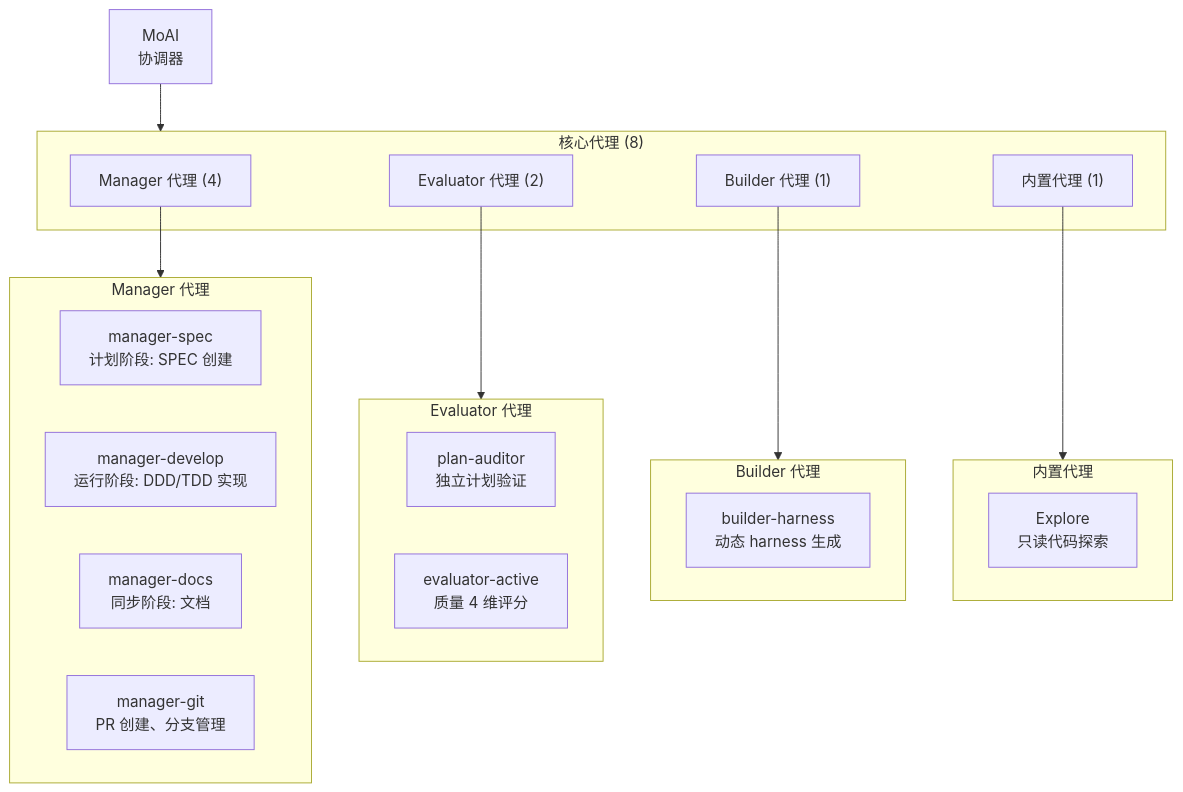
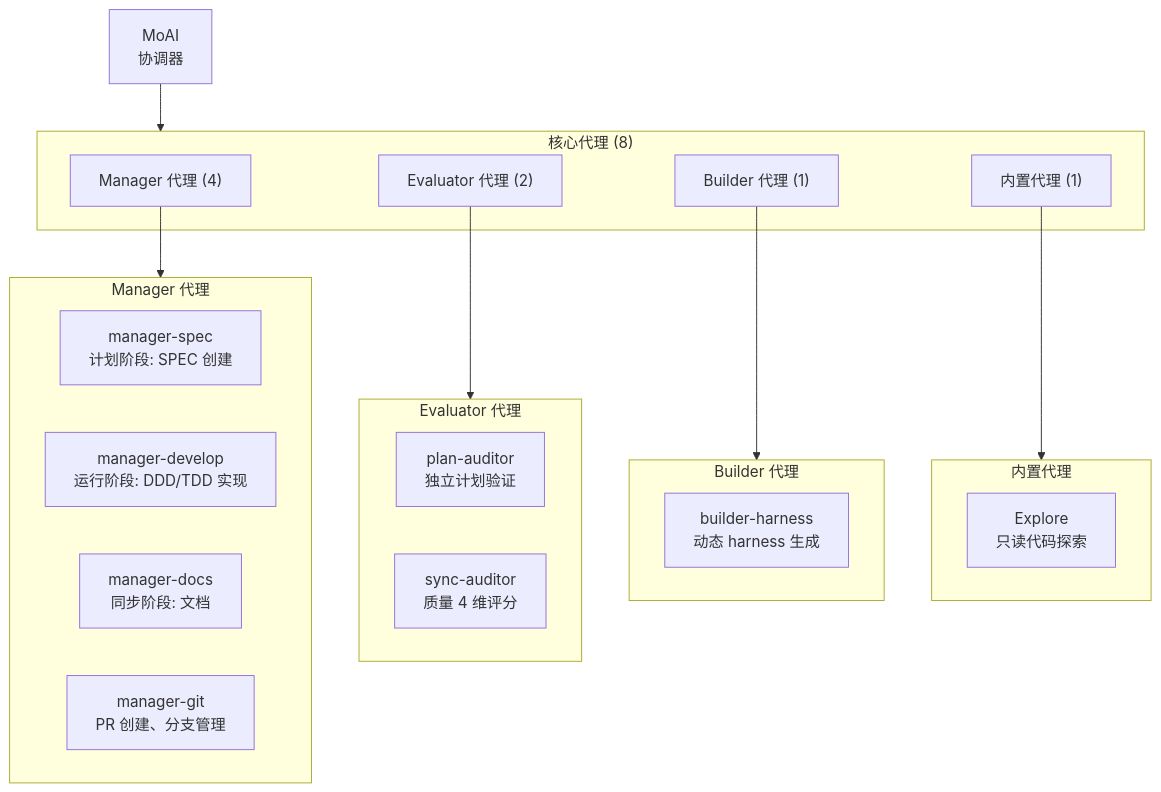
The second of 4 diagrams in docs-site/content/zh/advanced/agent-guide.md (modu-ai/moai-adk), drawn with Mermaid before and after one commit. The commit also changed other lines of this file and 149 other files, not shown here.

First line of the commit message:
chore(agents): evaluator-active를 sync-auditor로 rename (plan-auditor phase 대칭)

````diff
--- a/docs-site/content/zh/advanced/agent-guide.md
+++ b/docs-site/content/zh/advanced/agent-guide.md
@@ -59,37 +59,37 @@
 ```mermaid
 flowchart TD
     MOAI["MoAI<br/>协调器"]
 
     subgraph CORE["核心代理 (8)"]
         MANAGER["Manager 代理 (4)"]
         EVAL["Evaluator 代理 (2)"]
         BUILDER["Builder 代理 (1)"]
         EXPLORE["内置代理 (1)"]
     end
 
     subgraph MANAGERAGENTS["Manager 代理"]
         MS["manager-spec<br/>计划阶段: SPEC 创建"]
         MD["manager-develop<br/>运行阶段: DDD/TDD 实现"]
         MDOC["manager-docs<br/>同步阶段: 文档"]
         MG["manager-git<br/>PR 创建、分支管理"]
     end
 
     subgraph EVALS["Evaluator 代理"]
         PA["plan-auditor<br/>独立计划验证"]
-        EA["evaluator-active<br/>质量 4 维评分"]
+        EA["sync-auditor<br/>质量 4 维评分"]
     end
 
     subgraph BUILDERS["Builder 代理"]
         BH["builder-harness<br/>动态 harness 生成"]
     end
 
     subgraph EXPLOREAGENT["内置代理"]
         EXP["Explore<br/>只读代码探索"]
     end
 
     MOAI --> CORE
     MANAGER --> MANAGERAGENTS
     EVAL --> EVALS
     BUILDER --> BUILDERS
     EXPLORE --> EXPLOREAGENT
 ```
````
